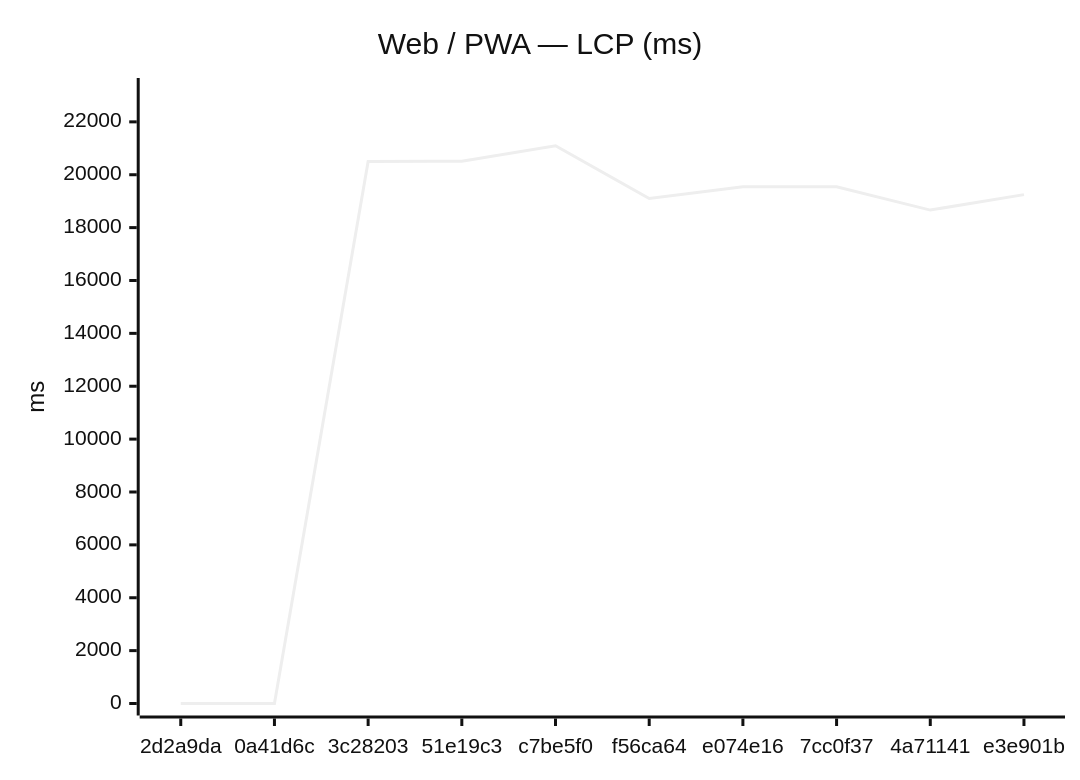
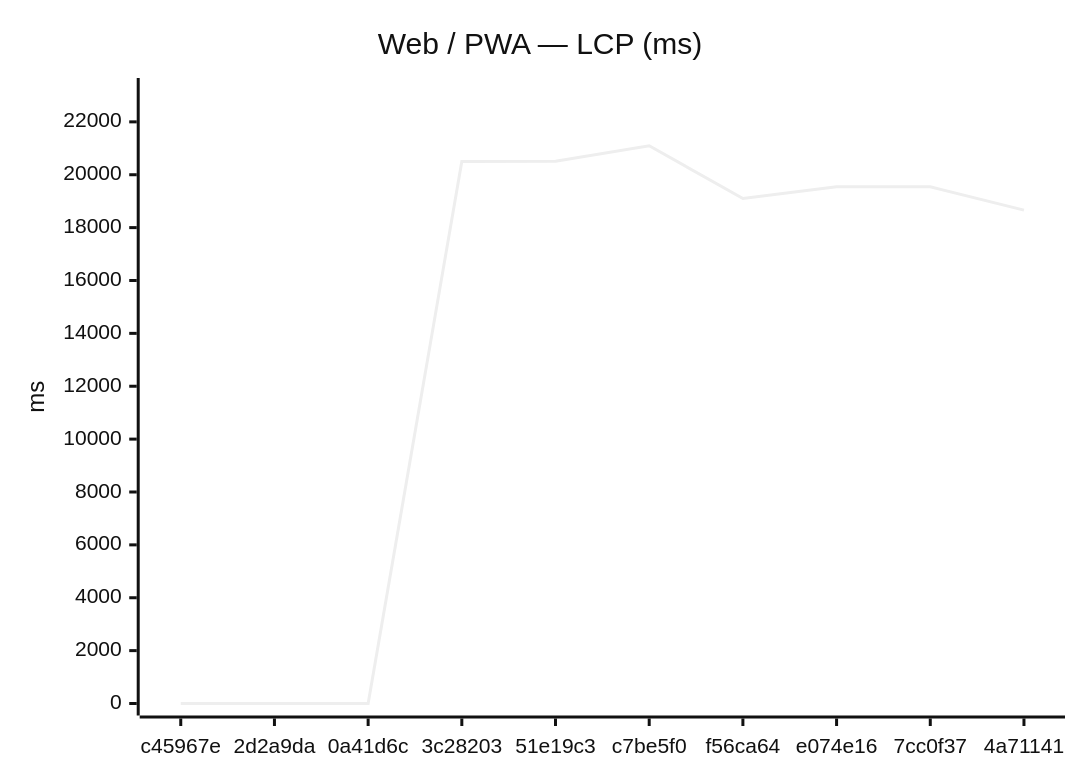
One commit to Metaheurist/Rianell changed the first of 18 diagrams in benchmarks/compare.md. Above: the diagram before and after it, drawn with Mermaid (neutral theme). The commit also changed other lines of this file and 11 other files, not shown here.

````diff
--- a/benchmarks/compare.md
+++ b/benchmarks/compare.md
@@ -24,7 +24,7 @@
 ```mermaid
 xychart-beta
     title "Web / PWA — LCP (ms)"
-    x-axis ["2d2a9da", "0a41d6c", "3c28203", "51e19c3", "c7be5f0", "f56ca64", "e074e16", "7cc0f37", "4a71141", "e3e901b"]
+    x-axis ["c45967e", "2d2a9da", "0a41d6c", "3c28203", "51e19c3", "c7be5f0", "f56ca64", "e074e16", "7cc0f37", "4a71141"]
     y-axis "ms" 0 --> 23205
-    line [0, 0, 20503, 20509, 21095, 19101, 19549, 19542, 18663, 19248]
+    line [0, 0, 0, 20503, 20509, 21095, 19101, 19549, 19542, 18663]
 ```
````
